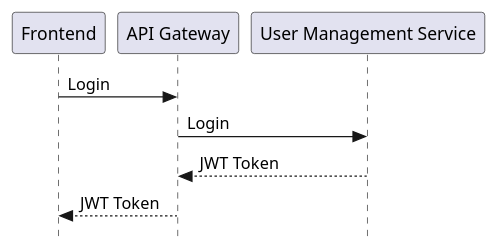
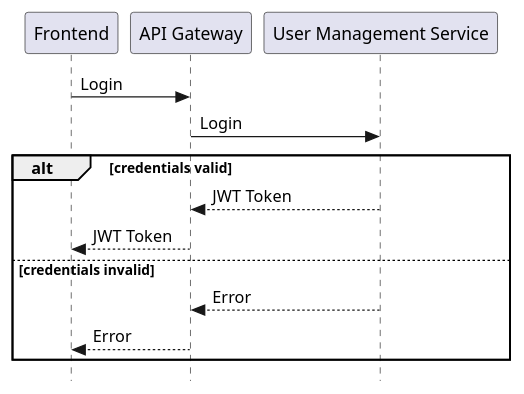
The diagram in Backend/diagrams/authentication.plantuml (Projekt-DataScience/wiki), drawn with PlantUML before and after one commit. The commit also changed 1 other file, not shown here.

Commit message:
Add alternative path when credentials incorrect

```diff
--- a/Backend/diagrams/authentication.plantuml
+++ b/Backend/diagrams/authentication.plantuml
@@ -1,14 +1,24 @@
 @startuml
 
 participant frontend as "Frontend"
 participant api_gateway as "API Gateway"
 participant user_management_service as "User Management Service"
 
 skinparam style strictuml
 
 frontend -> api_gateway : Login
 api_gateway -> user_management_service : Login
+
+alt credentials valid
+
 user_management_service --> api_gateway : JWT Token
 api_gateway --> frontend : JWT Token
 
+else credentials invalid
+
+user_management_service --> api_gateway: Error
+api_gateway --> frontend : Error
+
+end
+
 @enduml
```
